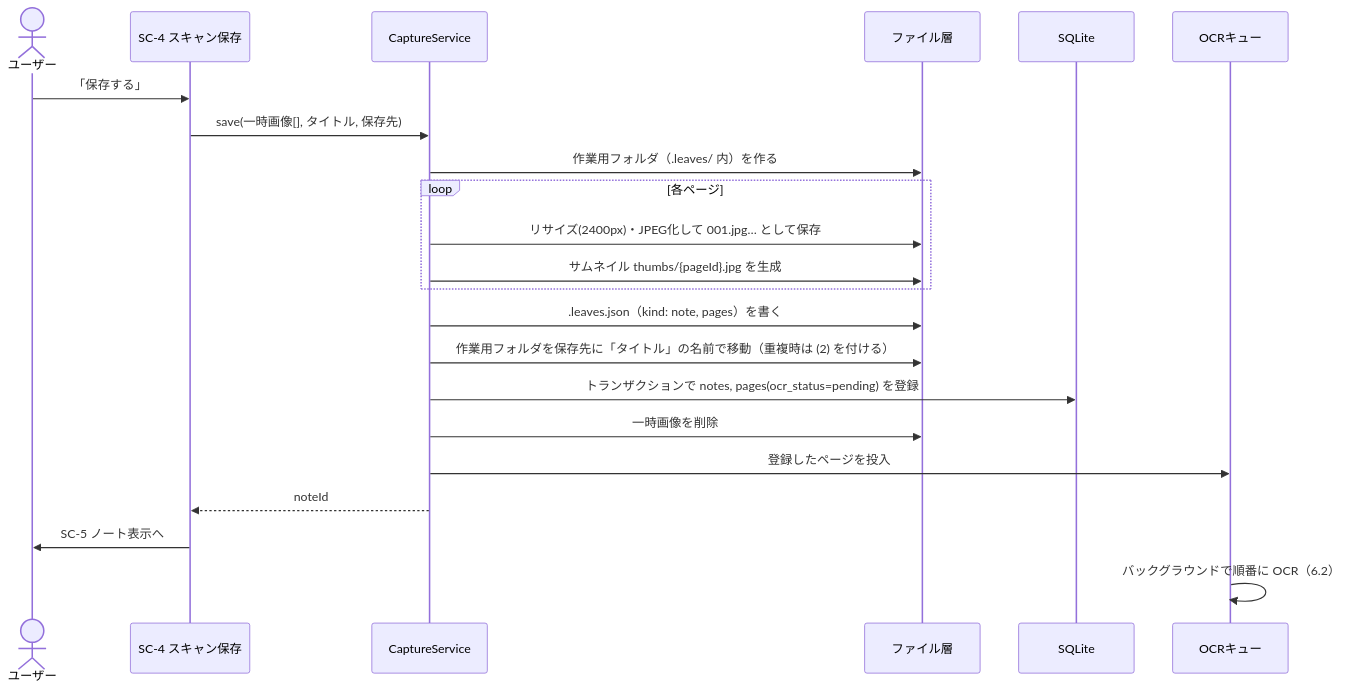
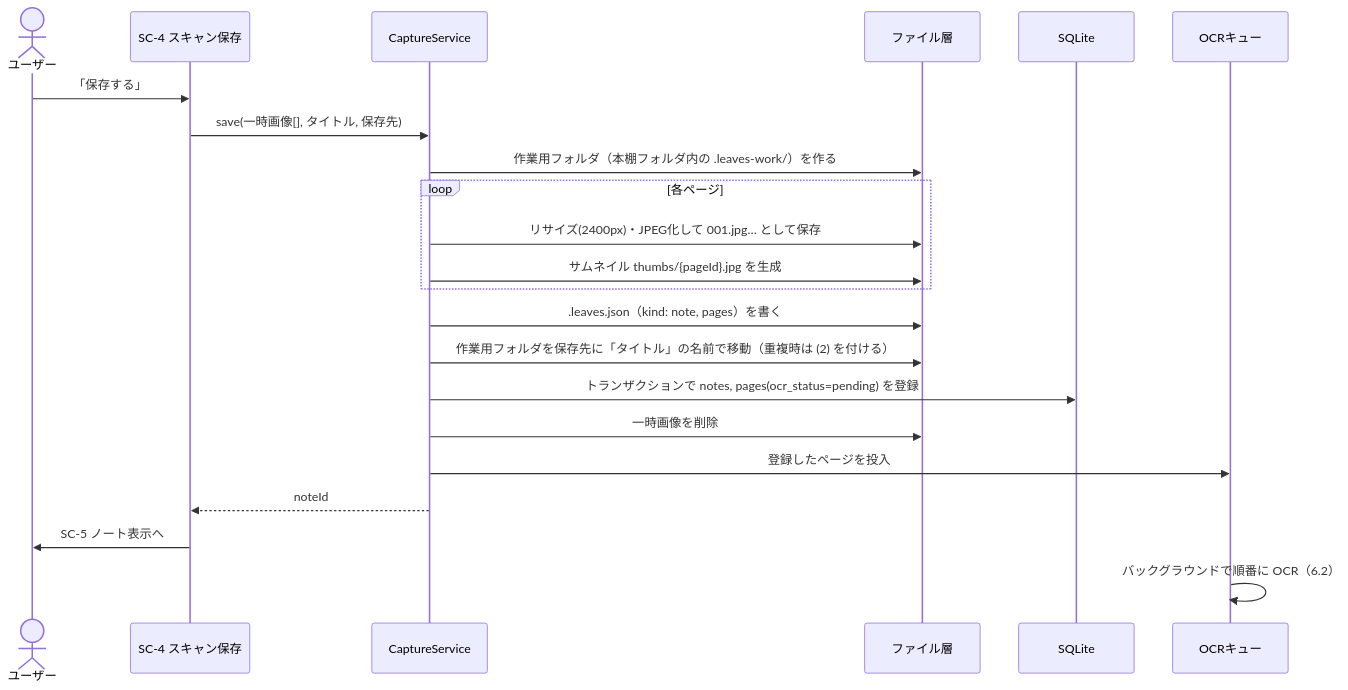
Before and after one commit to SasaBranch/Leaves: the fourth of 7 diagrams in docs/02_basic-design/basic-design.md, drawn with Mermaid. The commit also changed other lines of this file, not shown here.

````diff
--- a/docs/02_basic-design/basic-design.md
+++ b/docs/02_basic-design/basic-design.md
@@ -489,25 +497,25 @@
 ```mermaid
 sequenceDiagram
   actor U as ユーザー
   participant S4 as SC-4 スキャン保存
   participant CS as CaptureService
   participant FS as ファイル層
   participant DB as SQLite
   participant Q as OCRキュー
 
   U->>S4: 「保存する」
   S4->>CS: save(一時画像[], タイトル, 保存先)
-  CS->>FS: 作業用フォルダ（.leaves/ 内）を作る
+  CS->>FS: 作業用フォルダ（本棚フォルダ内の .leaves-work/）を作る
   loop 各ページ
     CS->>FS: リサイズ(2400px)・JPEG化して 001.jpg… として保存
     CS->>FS: サムネイル thumbs/{pageId}.jpg を生成
   end
   CS->>FS: .leaves.json（kind: note, pages）を書く
   CS->>FS: 作業用フォルダを保存先に「タイトル」の名前で移動（重複時は (2) を付ける）
   CS->>DB: トランザクションで notes, pages(ocr_status=pending) を登録
   CS->>FS: 一時画像を削除
   CS->>Q: 登録したページを投入
   CS-->>S4: noteId
   S4->>U: SC-5 ノート表示へ
   Q->>Q: バックグラウンドで順番に OCR（6.2）
 ```
````
